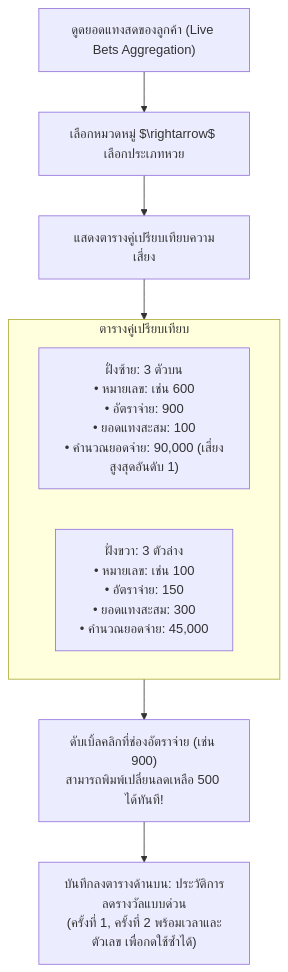
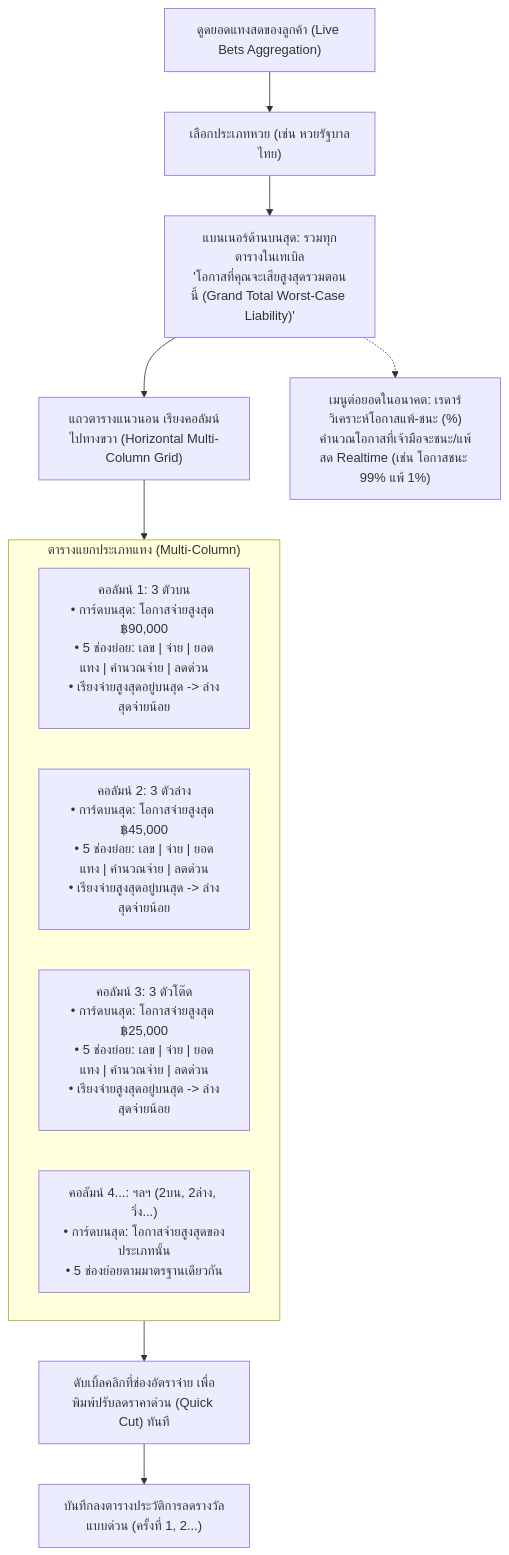
The fifth of 7 diagrams in LOTTERY_CORE_SYSTEM_ARCHITECTURE_DOC.md (ninekau0907151987/-ak88-lotto), drawn with Mermaid before and after one commit. The commit also changed other lines of this file and 2 other files, not shown here.

Commit message:
docs & core: update architecture doc v2.6, filter Yeekee to 12 types, and align risk monitor with hand-drawn blueprint

````diff
--- a/LOTTERY_CORE_SYSTEM_ARCHITECTURE_DOC.md
+++ b/LOTTERY_CORE_SYSTEM_ARCHITECTURE_DOC.md
@@ -202,15 +245,21 @@
 ```mermaid
 flowchart TD
-    LiveIntake["ดูดยอดแทงสดของลูกค้า (Live Bets Aggregation)"] --> SelectLottery["เลือกหมวดหมู่ $\rightarrow$ เลือกประเภทหวย"]
+    LiveIntake["ดูดยอดแทงสดของลูกค้า (Live Bets Aggregation)"] --> SelectLottery["เลือกประเภทหวย (เช่น หวยรัฐบาลไทย)"]
     
-    SelectLottery --> SplitView["แสดงตารางคู่เปรียบเทียบความเสี่ยง"]
+    SelectLottery --> GrandSummary["แบนเนอร์ด้านบนสุด: รวมทุกตารางในเทเบิล<br/>'โอกาสที่คุณจะเสียสูงสุดรวมตอนนี้ (Grand Total Worst-Case Liability)'"]
     
-    subgraph Comparison["ตารางคู่เปรียบเทียบ"]
-        ColLeft["ฝั่งซ้าย: 3 ตัวบน<br/>• หมายเลข: เช่น 600<br/>• อัตราจ่าย: 900<br/>• ยอดแทงสะสม: 100<br/>• คำนวณยอดจ่าย: 90,000 (เสี่ยงสูงสุดอันดับ 1)"]
-        ColRight["ฝั่งขวา: 3 ตัวล่าง<br/>• หมายเลข: เช่น 100<br/>• อัตราจ่าย: 150<br/>• ยอดแทงสะสม: 300<br/>• คำนวณยอดจ่าย: 45,000"]
+    GrandSummary --> MultiColGrid["แถวตารางแนวนอน เรียงคอลัมน์ไปทางขวา (Horizontal Multi-Column Grid)"]
+    
+    subgraph GridCols["ตารางแยกประเภทแทง (Multi-Column)"]
+        Col3Top["คอลัมน์ 1: 3 ตัวบน<br/>• การ์ดบนสุด: โอกาสจ่ายสูงสุด ฿90,000<br/>• 5 ช่องย่อย: เลข | จ่าย | ยอดแทง | คำนวณจ่าย | ลดด่วน<br/>• เรียงจ่ายสูงสุดอยู่บนสุด -> ล่างสุดจ่ายน้อย"]
+        Col3Bot["คอลัมน์ 2: 3 ตัวล่าง<br/>• การ์ดบนสุด: โอกาสจ่ายสูงสุด ฿45,000<br/>• 5 ช่องย่อย: เลข | จ่าย | ยอดแทง | คำนวณจ่าย | ลดด่วน<br/>• เรียงจ่ายสูงสุดอยู่บนสุด -> ล่างสุดจ่ายน้อย"]
+        Col3Tod["คอลัมน์ 3: 3 ตัวโต๊ด<br/>• การ์ดบนสุด: โอกาสจ่ายสูงสุด ฿25,000<br/>• 5 ช่องย่อย: เลข | จ่าย | ยอดแทง | คำนวณจ่าย | ลดด่วน<br/>• เรียงจ่ายสูงสุดอยู่บนสุด -> ล่างสุดจ่ายน้อย"]
+        ColEtc["คอลัมน์ 4...: ฯลฯ (2บน, 2ล่าง, วิ่ง...)<br/>• การ์ดบนสุด: โอกาสจ่ายสูงสุดของประเภทนั้น<br/>• 5 ช่องย่อยตามมาตรฐานเดียวกัน"]
     end
-
-    SplitView --> Comparison
-    Comparison --> ActionQuickCut["ดับเบิ้ลคลิกที่ช่องอัตราจ่าย (เช่น 900)<br/>สามารถพิมพ์เปลี่ยนลดเหลือ 500 ได้ทันที!"]
-    ActionQuickCut --> LogHistory["บันทึกลงตารางด้านบน: ประวัติการลดรางวัลแบบด่วน<br/>(ครั้งที่ 1, ครั้งที่ 2 พร้อมเวลาและตัวเลข เพื่อกดใช้ซ้ำได้)"]
+    
+    MultiColGrid --> GridCols
+    GridCols --> DoubleClickAction["ดับเบิ้ลคลิกที่ช่องอัตราจ่าย เพื่อพิมพ์ปรับลดราคาด่วน (Quick Cut) ทันที"]
+    DoubleClickAction --> LogQuickCut["บันทึกลงตารางประวัติการลดรางวัลแบบด่วน (ครั้งที่ 1, 2...)"]
+    
+    GrandSummary -.-> FutureRadar["เมนูต่อยอดในอนาคต: เรดาร์วิเคราะห์โอกาสแพ้-ชนะ (%)<br/>คำนวณโอกาสที่เจ้ามือจะชนะ/แพ้สด Realtime (เช่น โอกาสชนะ 99% แพ้ 1%)"]
 ```
````
